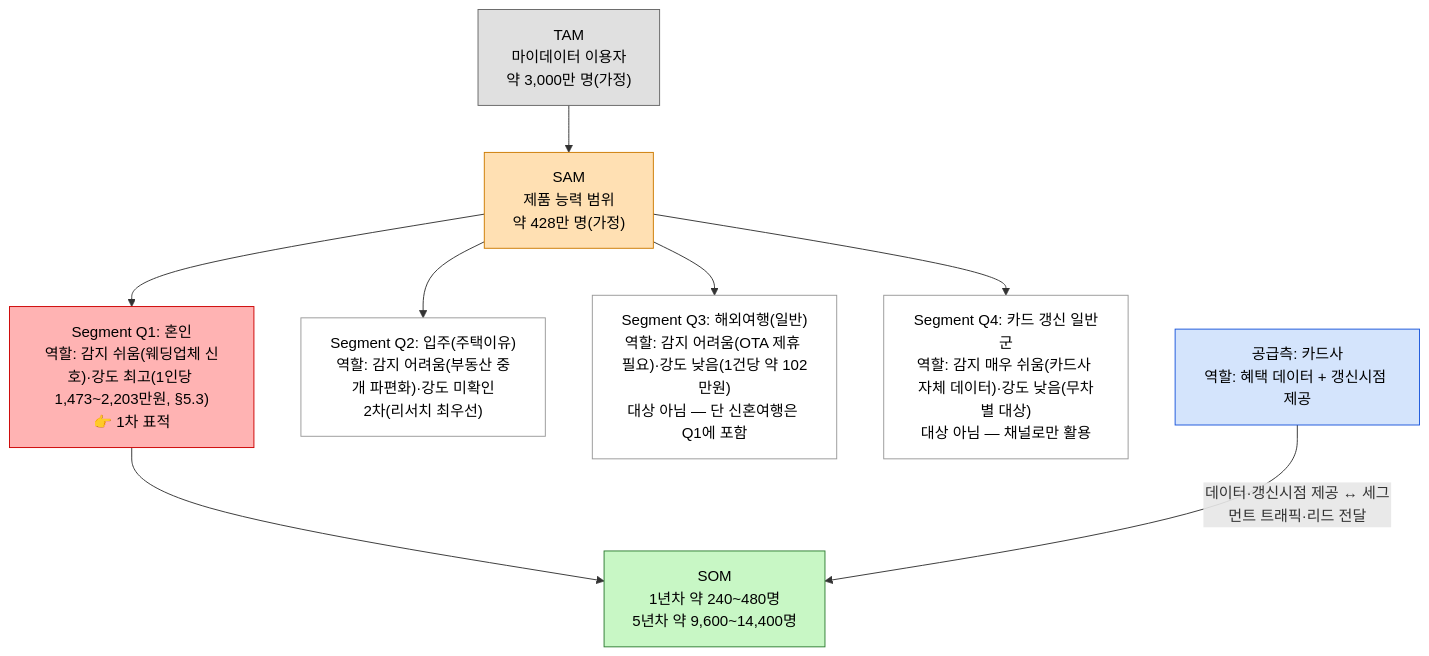
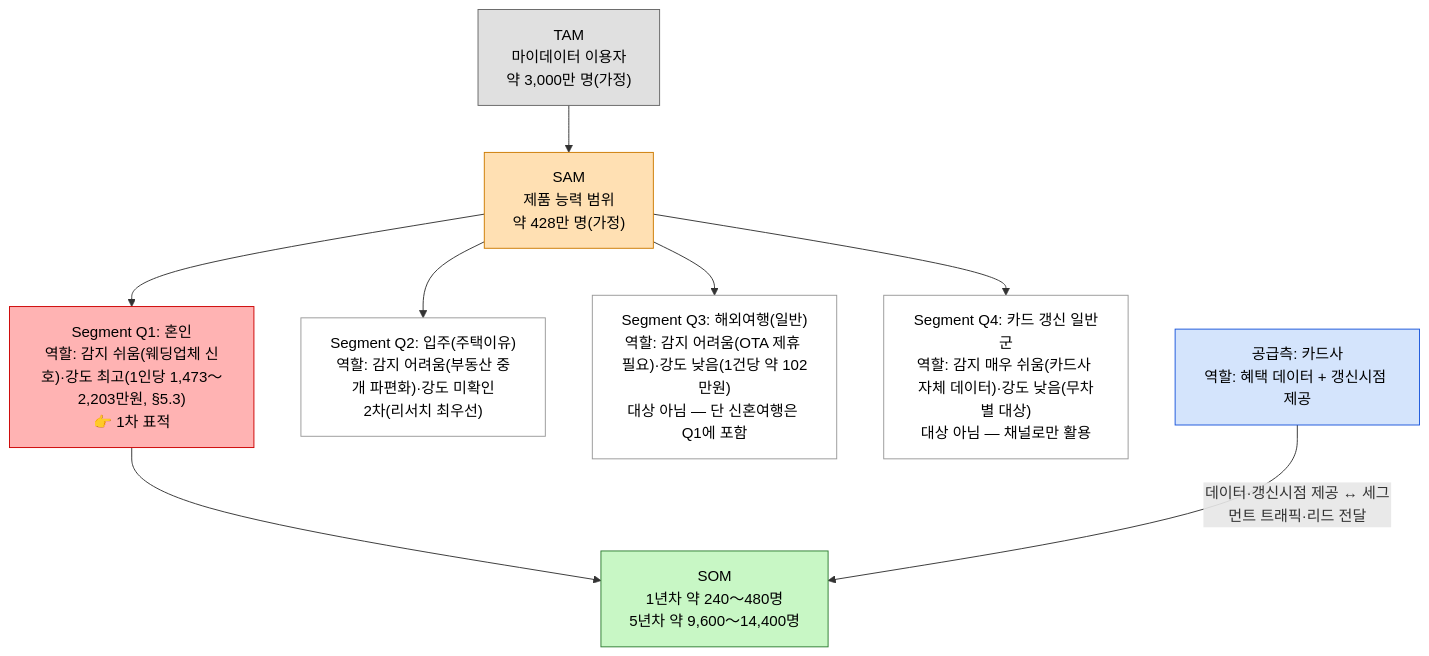
One commit to jennie-brain/idea changed the second of 2 diagrams in Industry and Business Analysis/04_TAM-SAM-SOM_마켓세그먼트/01_TAM-SAM-SOM_마켓세그먼트.md. Above: the diagram before and after it, drawn with Mermaid. The commit also changed other lines of this file and 21 other files, not shown here.

````diff
--- a/Industry and Business Analysis/04_TAM-SAM-SOM_마켓세그먼트/01_TAM-SAM-SOM_마켓세그먼트.md
+++ b/Industry and Business Analysis/04_TAM-SAM-SOM_마켓세그먼트/01_TAM-SAM-SOM_마켓세그먼트.md
@@ -104,21 +104,21 @@
 ```mermaid
 graph TD
     classDef tam fill:#e0e0e0,stroke:#666,color:#000
     classDef sam fill:#ffe0b3,stroke:#cc7a00,color:#000
     classDef som fill:#c8f7c5,stroke:#2e7d32,color:#000
     classDef supply fill:#d4e4fc,stroke:#1a56db,color:#000
     classDef target fill:#ffb3b3,stroke:#cc0000,color:#000
     classDef other fill:#fff,stroke:#999,color:#000
 
     TAM["TAM<br/>마이데이터 이용자<br/>약 3,000만 명(가정)"]:::tam --> SAM["SAM<br/>제품 능력 범위<br/>약 428만 명(가정)"]:::sam
 
-    SAM --> Q1["Segment Q1: 혼인<br/>역할: 감지 쉬움(웨딩업체 신호)·강도 최고(1인당 1,473~2,203만원, §5.3)<br/>👉 1차 표적"]:::target
+    SAM --> Q1["Segment Q1: 혼인<br/>역할: 감지 쉬움(웨딩업체 신호)·강도 최고(1인당 1,473～2,203만원, §5.3)<br/>👉 1차 표적"]:::target
     SAM --> Q2["Segment Q2: 입주(주택이유)<br/>역할: 감지 어려움(부동산 중개 파편화)·강도 미확인<br/>2차(리서치 최우선)"]:::other
     SAM --> Q3["Segment Q3: 해외여행(일반)<br/>역할: 감지 어려움(OTA 제휴 필요)·강도 낮음(1건당 약 102만원)<br/>대상 아님 — 단 신혼여행은 Q1에 포함"]:::other
     SAM --> Q4["Segment Q4: 카드 갱신 일반군<br/>역할: 감지 매우 쉬움(카드사 자체 데이터)·강도 낮음(무차별 대상)<br/>대상 아님 — 채널로만 활용"]:::other
 
     Supply["공급측: 카드사<br/>역할: 혜택 데이터 + 갱신시점 제공"]:::supply
 
-    Q1 --> SOM["SOM<br/>1년차 약 240~480명<br/>5년차 약 9,600~14,400명"]:::som
+    Q1 --> SOM["SOM<br/>1년차 약 240～480명<br/>5년차 약 9,600～14,400명"]:::som
     Supply -->|"데이터·갱신시점 제공 ↔ 세그먼트 트래픽·리드 전달"| SOM
 ```
````
